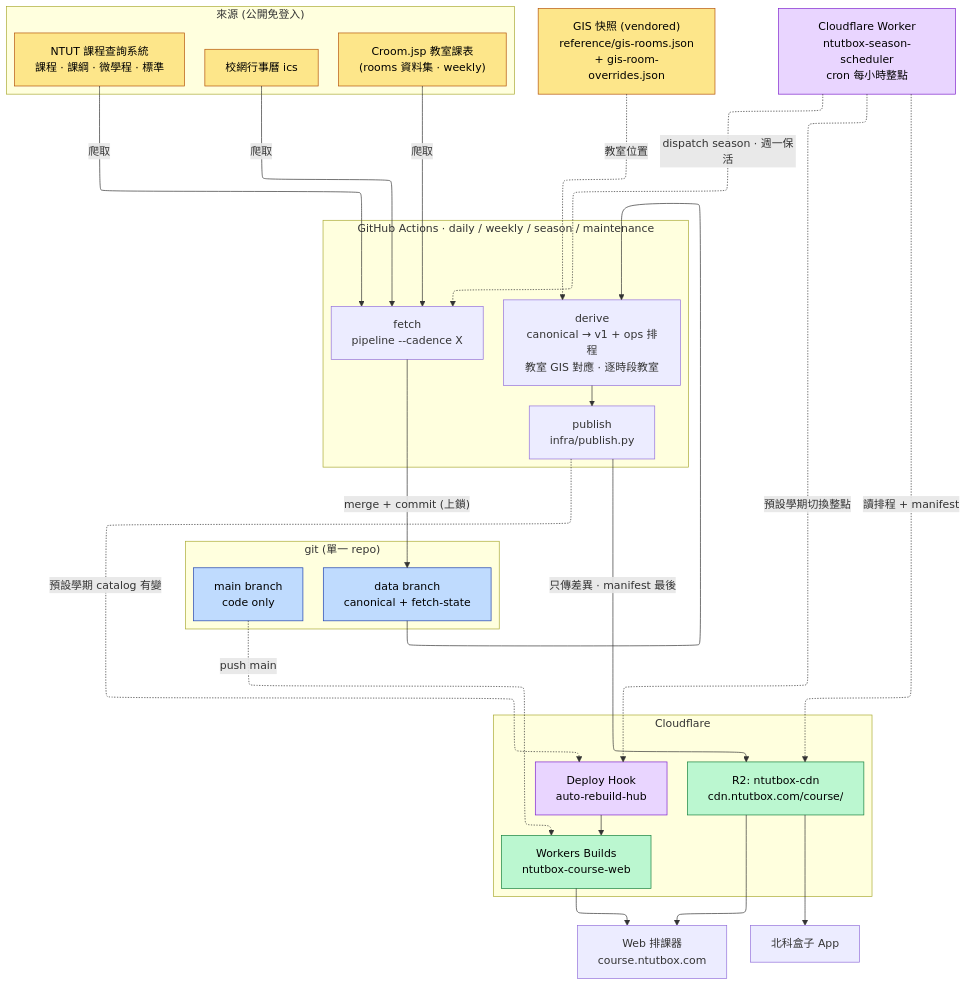
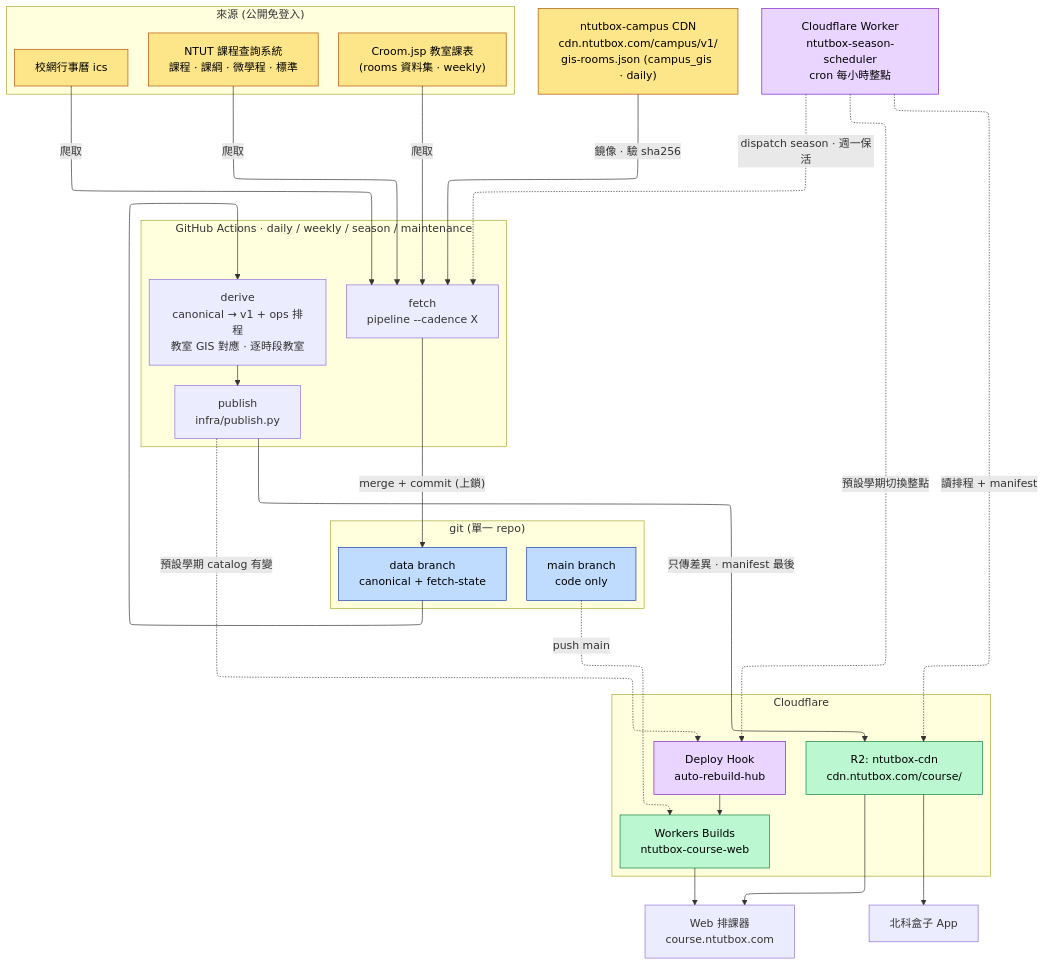
Before and after one commit to poterpan/ntutbox-course: the diagram in docs/diagrams/01-architecture.mmd, drawn with Mermaid. The commit also changed 42 other files, not shown here.

First line of the commit message:
feat(gis): campus_gis 資料集——GIS 改從 ntutbox-campus CDN 同步，清單與地圖用同一份大樓名稱與順序（D28） (#131)

```diff
--- a/docs/diagrams/01-architecture.mmd
+++ b/docs/diagrams/01-architecture.mmd
@@ -1,62 +1,62 @@
 ---
 config:
   layout: elk
   flowchart:
     useMaxWidth: false
 ---
 flowchart TB
     subgraph SRC["來源 (公開免登入)"]
         ntut["NTUT 課程查詢系統<br/>課程 · 課綱 · 微學程 · 標準"]
         croom["Croom.jsp 教室課表<br/>(rooms 資料集 · weekly)"]
         ics["校網行事曆 ics"]
     end
-    gis["GIS 快照 (vendored)<br/>reference/gis-rooms.json<br/>+ gis-room-overrides.json"]
+    gis["ntutbox-campus CDN<br/>cdn.ntutbox.com/campus/v1/<br/>gis-rooms.json (campus_gis · daily)"]
     sched["Cloudflare Worker<br/>ntutbox-season-scheduler<br/>cron 每小時整點"]
 
     subgraph GHA["GitHub Actions · daily / weekly / season / maintenance"]
         fetch["fetch<br/>pipeline --cadence X"]
         derive["derive<br/>canonical → v1 + ops 排程<br/>教室 GIS 對應 · 逐時段教室"]
         publish["publish<br/>infra/publish.py"]
     end
 
     subgraph GIT["git (單一 repo)"]
         data["data branch<br/>canonical + fetch-state"]
         main["main branch<br/>code only"]
     end
 
     subgraph CF["Cloudflare"]
         r2["R2: ntutbox-cdn<br/>cdn.ntutbox.com/course/"]
         hook["Deploy Hook<br/>auto-rebuild-hub"]
         build["Workers Builds<br/>ntutbox-course-web"]
     end
 
     web["Web 排課器<br/>course.ntutbox.com"]
     ios["北科盒子 App"]
 
     ntut -->|爬取| fetch
     croom -->|爬取| fetch
     ics -->|爬取| fetch
     fetch -->|"merge + commit (上鎖)"| data
     data --> derive
-    gis -.->|教室位置| derive
+    gis -->|鏡像 · 驗 sha256| fetch
     derive --> publish
     publish -->|"只傳差異 · manifest 最後"| r2
     r2 --> web
     r2 --> ios
 
     sched -.->|"dispatch season · 週一保活"| fetch
     sched -.->|讀排程 + manifest| r2
     sched -.->|預設學期切換整點| hook
     publish -.->|預設學期 catalog 有變| hook
     hook --> build
     main -.->|push main| build
     build --> web
 
     classDef src fill:#fde68a,stroke:#b45309,color:#000
     classDef store fill:#bfdbfe,stroke:#1e40af,color:#000
     classDef out fill:#bbf7d0,stroke:#15803d,color:#000
     classDef trig fill:#e9d5ff,stroke:#7e22ce,color:#000
     class ntut,croom,ics,gis src
     class main,data store
     class r2,build out
     class sched,hook trig
```
